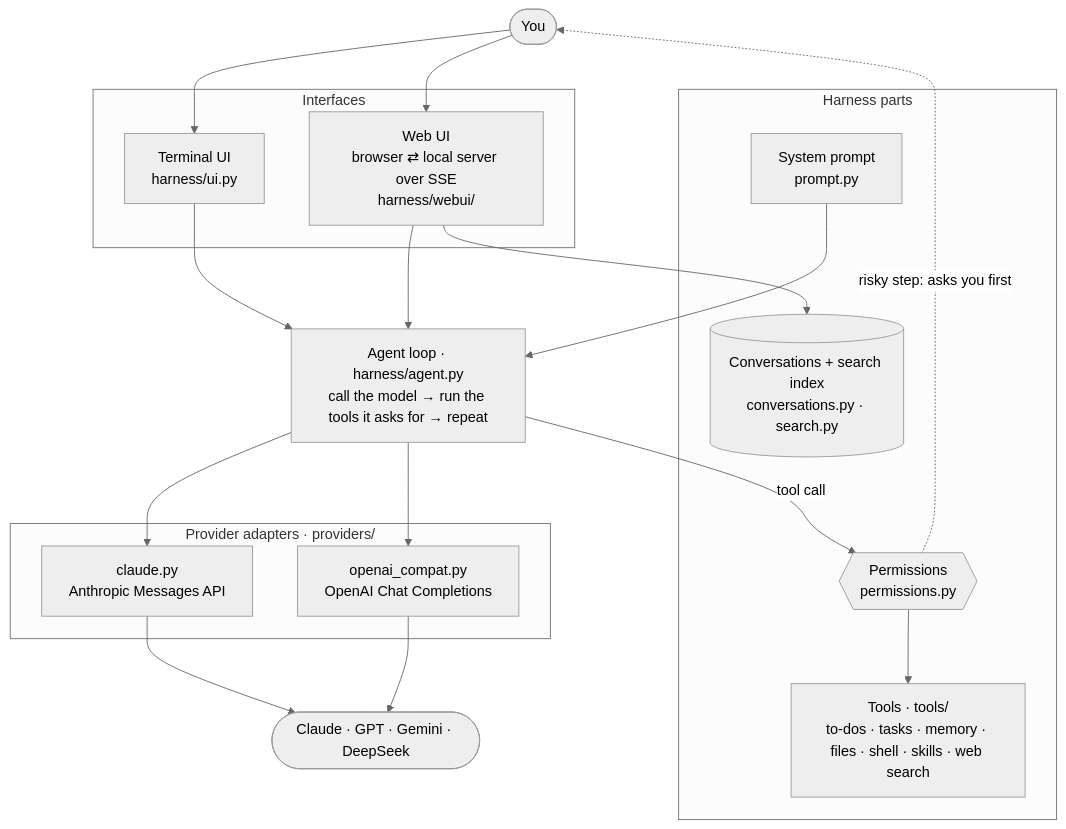
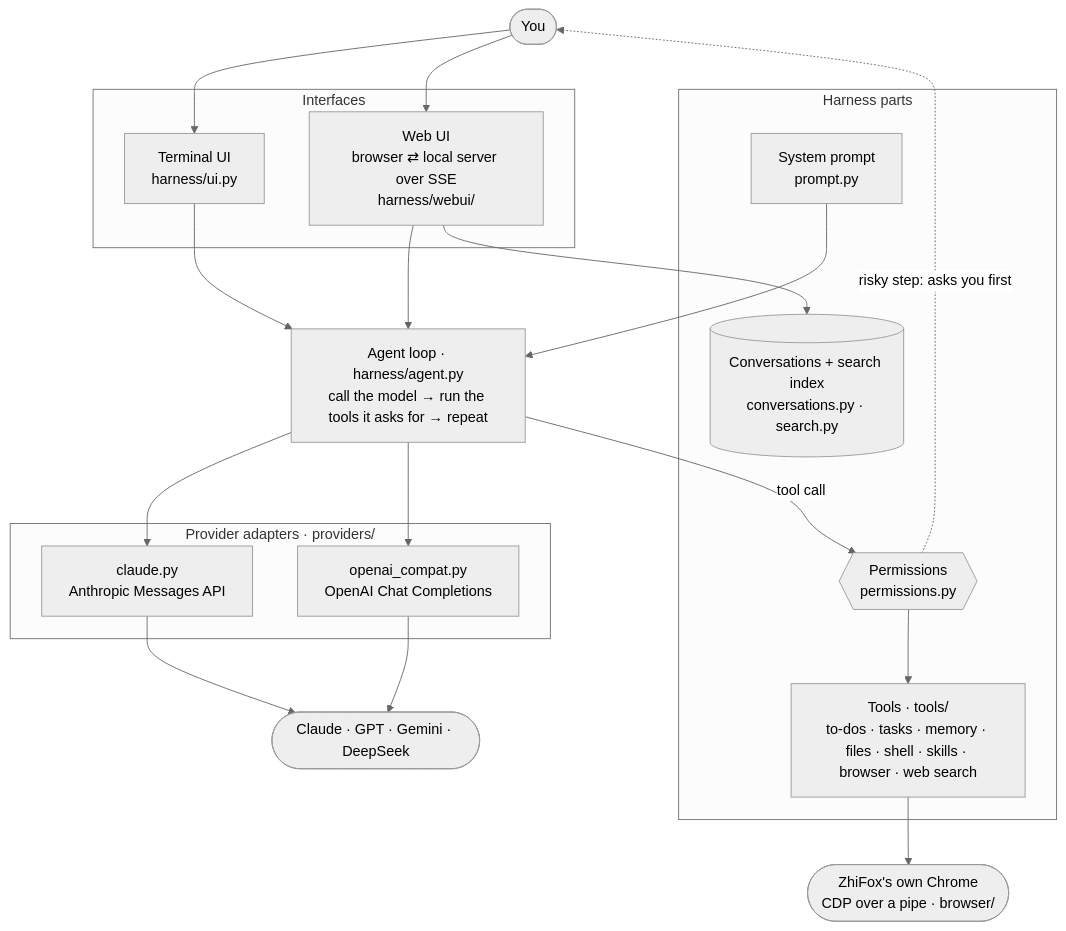
The first of 2 diagrams in README.md (Akxan/zhifox-agent-harness), drawn with Mermaid (neutral theme) before and after one commit. The commit also changed other lines of this file and 46 other files, not shown here.

First line of the commit message:
浏览器：让助手操作一个智狐自己启动的 Chrome（browser use）

````diff
--- a/README.md
+++ b/README.md
@@ -135,39 +142,42 @@
 ```mermaid
 flowchart TB
     you(["You"])
 
     subgraph ui ["Interfaces"]
         term["Terminal UI<br/>harness/ui.py"]
         web["Web UI<br/>browser ⇄ local server over SSE<br/>harness/webui/"]
     end
 
     agent["Agent loop · harness/agent.py<br/>call the model → run the tools it asks for → repeat"]
 
     subgraph parts ["Harness parts"]
         prompt["System prompt<br/>prompt.py"]
         perms{{"Permissions<br/>permissions.py"}}
-        tools["Tools · tools/<br/>to-dos · tasks · memory · files · shell · skills · web search"]
+        tools["Tools · tools/<br/>to-dos · tasks · memory · files · shell · skills · browser · web search"]
         store[("Conversations + search index<br/>conversations.py · search.py")]
     end
+
+    chrome(["ZhiFox's own Chrome<br/>CDP over a pipe · browser/"])
 
     subgraph providers ["Provider adapters · providers/"]
         claude["claude.py<br/>Anthropic Messages API"]
         compat["openai_compat.py<br/>OpenAI Chat Completions"]
     end
 
     apis(["Claude · GPT · Gemini · DeepSeek"])
 
     you --> term
     you --> web
     term --> agent
     web --> agent
     web --> store
     prompt --> agent
     agent --> claude
     agent --> compat
     claude --> apis
     compat --> apis
     agent -->|"tool call"| perms
     perms -.->|"risky step: asks you first"| you
     perms --> tools
+    tools --> chrome
 ```
````
